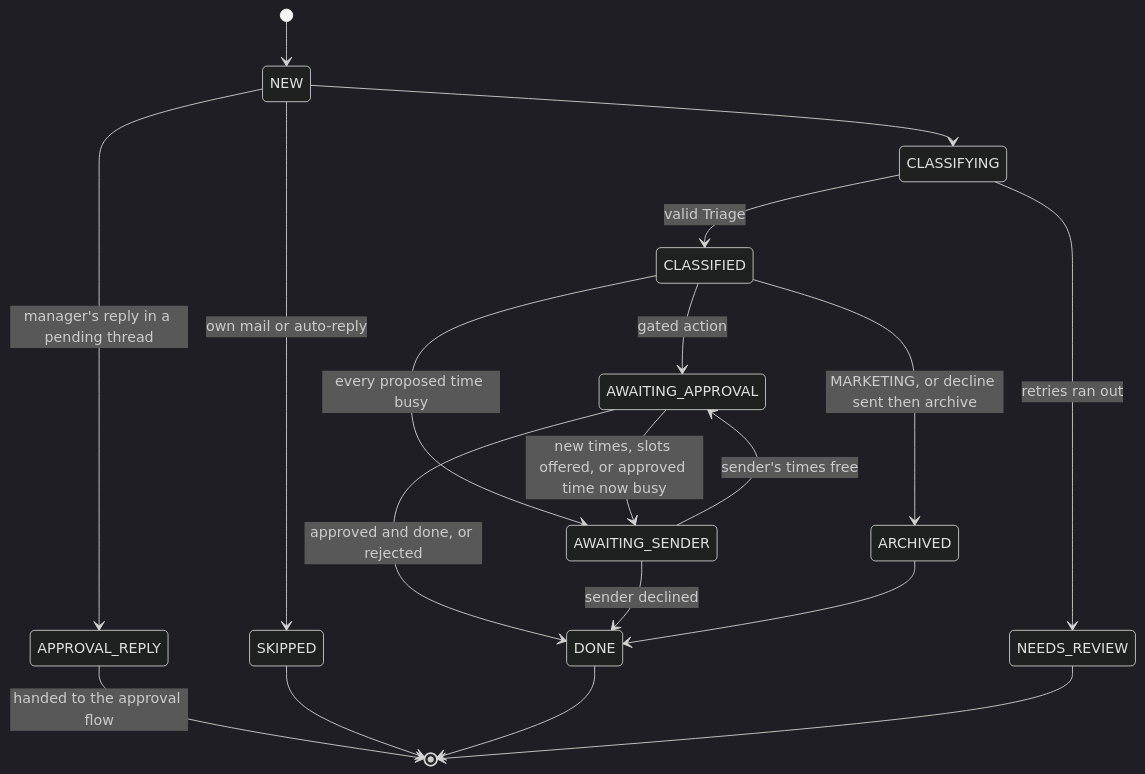
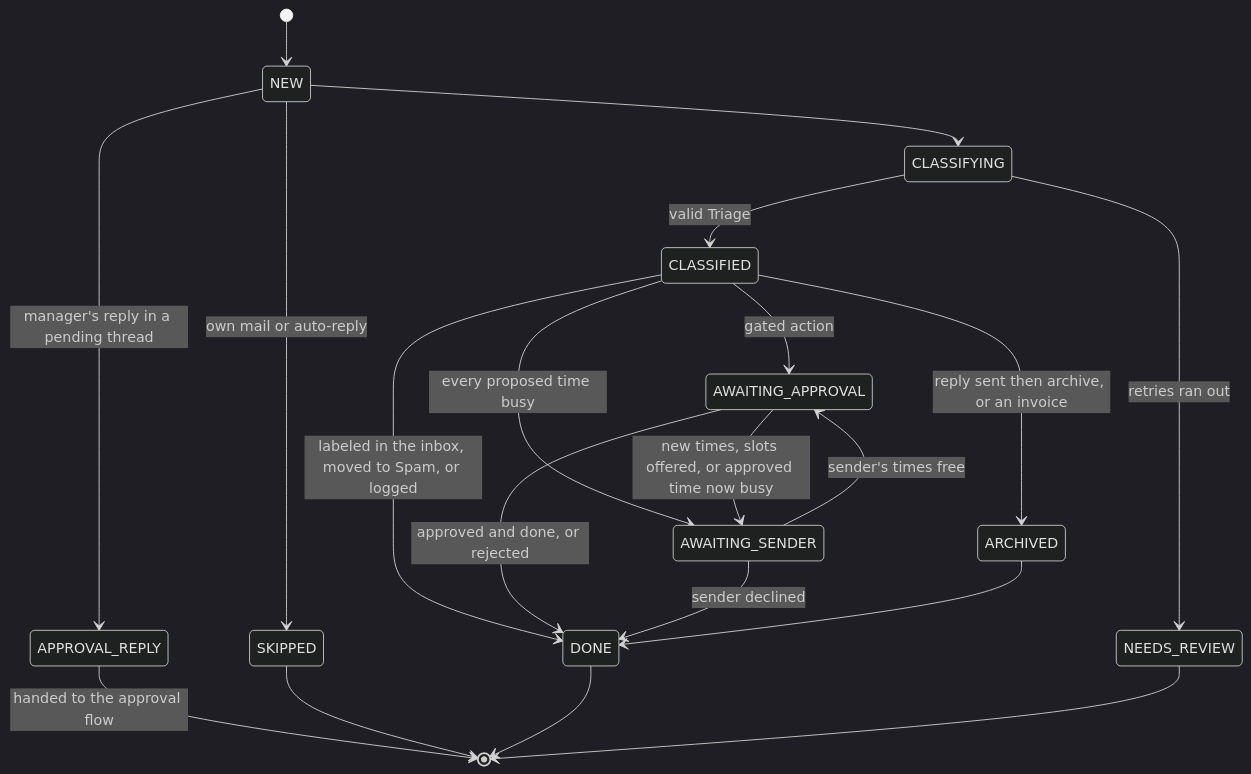
The diagram in docs/state-audit.md (andreicaminschi/ai-email-assistant), drawn with Mermaid (dark theme) before and after one commit. The commit also changed other lines of this file and 5 other files, not shown here.

````diff
--- a/docs/state-audit.md
+++ b/docs/state-audit.md
@@ -41,21 +41,22 @@
 ```mermaid
 stateDiagram-v2
     [*] --> NEW
     NEW --> SKIPPED: own mail or auto-reply
     NEW --> APPROVAL_REPLY: manager's reply in a pending thread
     NEW --> CLASSIFYING
     CLASSIFYING --> CLASSIFIED: valid Triage
     CLASSIFYING --> NEEDS_REVIEW: retries ran out
-    CLASSIFIED --> ARCHIVED: MARKETING, or decline sent then archive
+    CLASSIFIED --> ARCHIVED: reply sent then archive, or an invoice
+    CLASSIFIED --> DONE: labeled in the inbox, moved to Spam, or logged
     CLASSIFIED --> AWAITING_APPROVAL: gated action
     CLASSIFIED --> AWAITING_SENDER: every proposed time busy
     AWAITING_APPROVAL --> AWAITING_SENDER: new times, slots offered, or approved time now busy
     AWAITING_SENDER --> AWAITING_APPROVAL: sender's times free
     AWAITING_APPROVAL --> DONE: approved and done, or rejected
     AWAITING_SENDER --> DONE: sender declined
     ARCHIVED --> DONE
     APPROVAL_REPLY --> [*]: handed to the approval flow
     SKIPPED --> [*]
     DONE --> [*]
     NEEDS_REVIEW --> [*]
 ```
````
